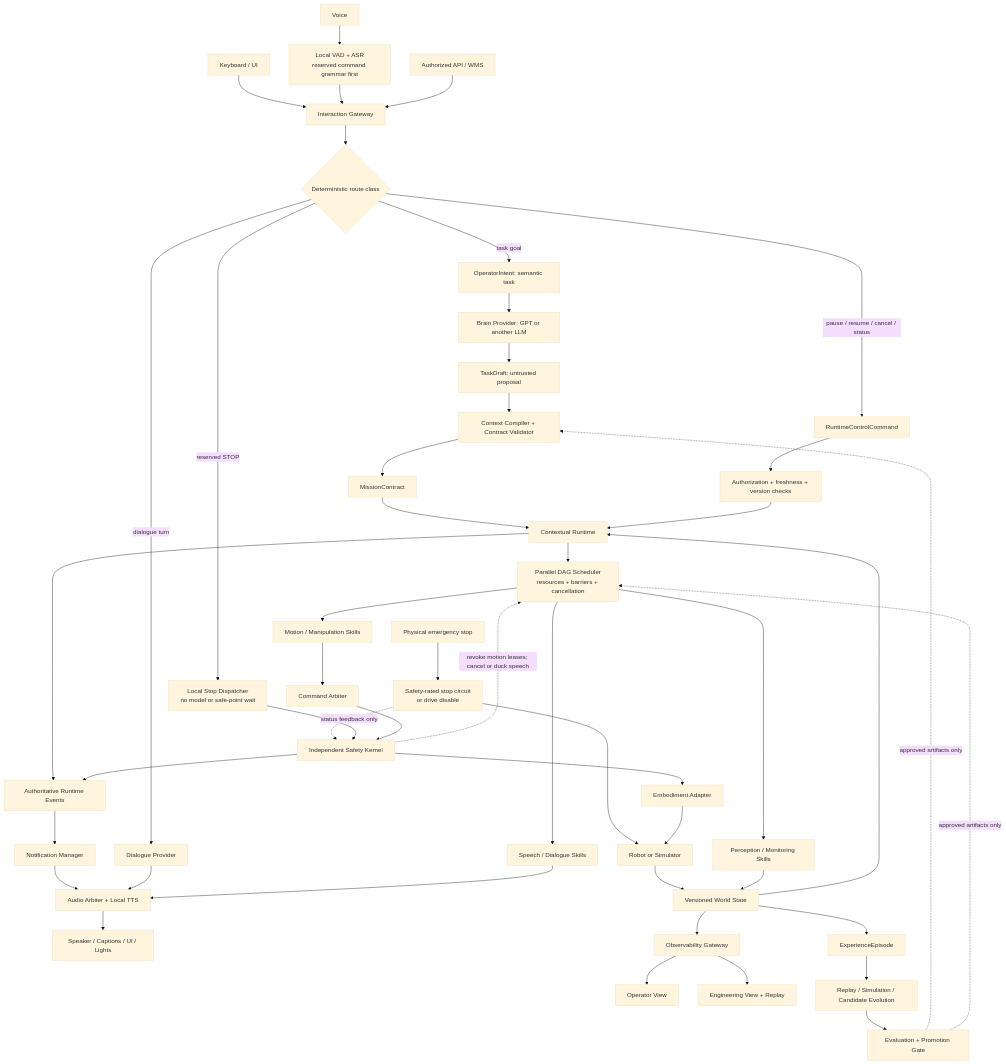
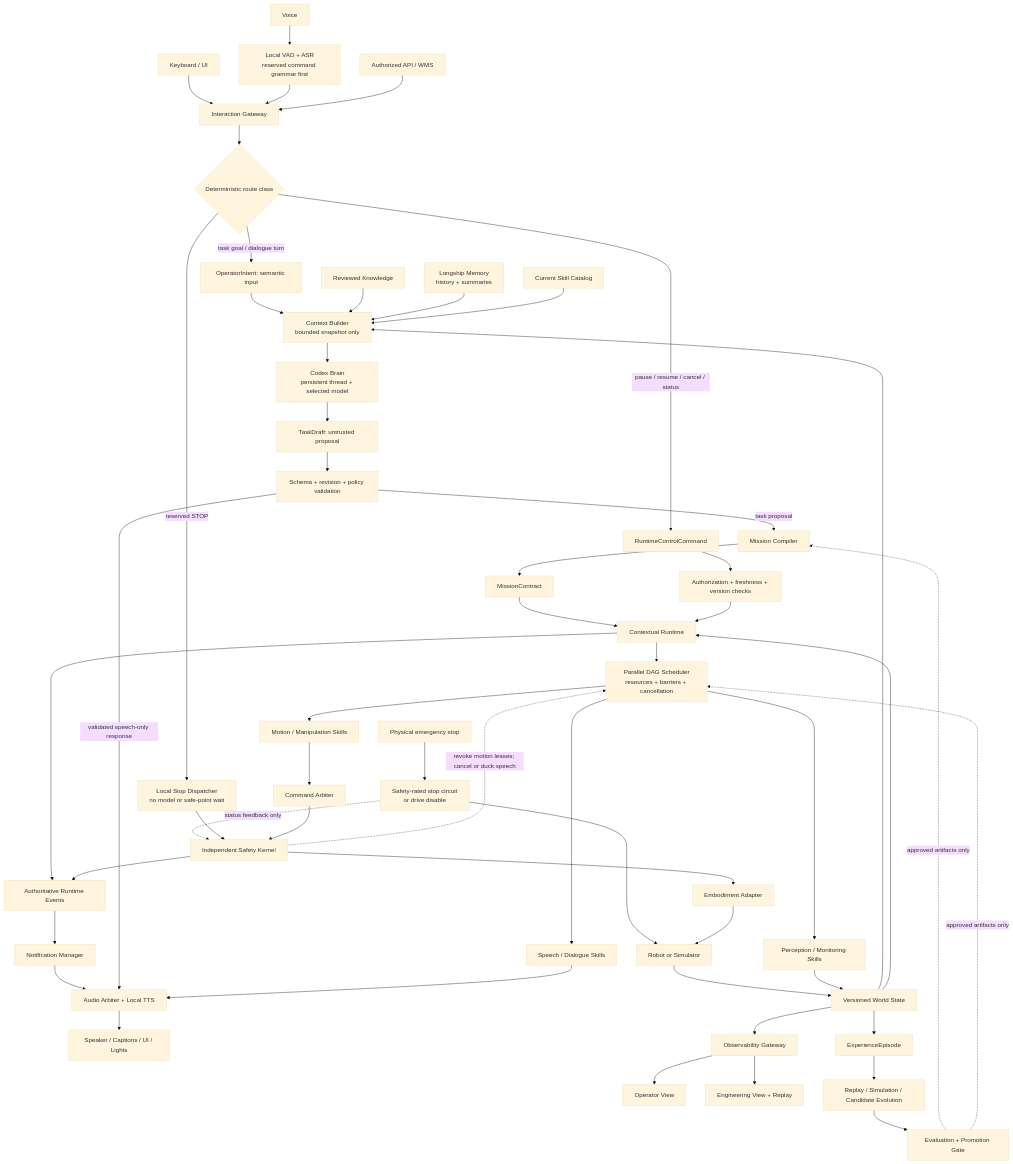
The first of 3 diagrams in docs/architecture/system-architecture-v2.md (echengdee/longship), drawn with Mermaid (base theme) before and after one commit. The commit also changed other lines of this file and 9 other files, not shown here.

Commit message:
docs: make Codex the reference brain

````diff
--- a/docs/architecture/system-architecture-v2.md
+++ b/docs/architecture/system-architecture-v2.md
@@ -64,58 +65,63 @@
 ```mermaid
 flowchart TB
     Voice["Voice"] --> VoiceFront["Local VAD + ASR<br/>reserved command grammar first"]
     Keys["Keyboard / UI"] --> IG["Interaction Gateway"]
     VoiceFront --> IG
     WMS["Authorized API / WMS"] --> IG
     IG --> Route{"Deterministic route class"}
 
-    Route -->|task goal| Intent["OperatorIntent: semantic task"]
-    Intent --> Brain["Brain Provider: GPT or another LLM"]
+    Route -->|task goal / dialogue turn| Intent["OperatorIntent: semantic input"]
+    Intent --> Context["Context Builder<br/>bounded snapshot only"]
+    Knowledge["Reviewed Knowledge"] --> Context
+    Memory["Longship Memory<br/>history + summaries"] --> Context
+    SkillsView["Current Skill Catalog"] --> Context
+    State --> Context
+    Context --> Brain["Codex Brain<br/>persistent thread + selected model"]
     Brain --> Draft["TaskDraft: untrusted proposal"]
-    Draft --> Compiler["Context Compiler + Contract Validator"]
+    Draft --> DecisionGate["Schema + revision + policy validation"]
+    DecisionGate -->|task proposal| Compiler["Mission Compiler"]
     Compiler --> Mission["MissionContract"]
     Mission --> Runtime["Contextual Runtime"]
 
-    Route -->|dialogue turn| Dialogue["Dialogue Provider"]
     Route -->|pause / resume / cancel / status| Control["RuntimeControlCommand"]
     Control --> ControlCheck["Authorization + freshness + version checks"]
     ControlCheck --> Runtime
 
     Route -->|reserved STOP| Stop["Local Stop Dispatcher<br/>no model or safe-point wait"]
     Physical["Physical emergency stop"] --> HardStop["Safety-rated stop circuit<br/>or drive disable"]
     HardStop --> Target
     HardStop -. "status feedback only" .-> Safety["Independent Safety Kernel"]
     Stop --> Safety
 
     Runtime --> Scheduler["Parallel DAG Scheduler<br/>resources + barriers + cancellation"]
     Scheduler --> Motion["Motion / Manipulation Skills"]
     Scheduler --> Interaction["Speech / Dialogue Skills"]
     Scheduler --> Perception["Perception / Monitoring Skills"]
 
     Motion --> Arbiter["Command Arbiter"]
     Arbiter --> Safety
     Safety --> Adapter["Embodiment Adapter"]
     Adapter --> Target["Robot or Simulator"]
 
     Runtime --> Events["Authoritative Runtime Events"]
     Safety --> Events
     Events --> Notify["Notification Manager"]
     Notify --> Audio["Audio Arbiter + Local TTS"]
-    Dialogue --> Audio
+    DecisionGate -->|validated speech-only response| Audio
     Interaction --> Audio
     Audio --> Outputs["Speaker / Captions / UI / Lights"]
 
     Target --> State["Versioned World State"]
     Perception --> State
     State --> Runtime
     State --> Obs["Observability Gateway"]
     Obs --> Operator["Operator View"]
     Obs --> Engineer["Engineering View + Replay"]
     State --> Episode["ExperienceEpisode"]
     Episode --> Evolution["Replay / Simulation / Candidate Evolution"]
     Evolution --> Eval["Evaluation + Promotion Gate"]
     Eval -. approved artifacts only .-> Compiler
     Eval -. approved artifacts only .-> Scheduler
 
     Safety -. "revoke motion leases; cancel or duck speech" .-> Scheduler
 ```
````
